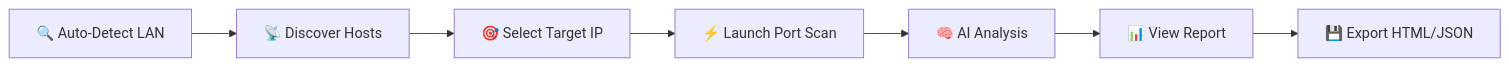
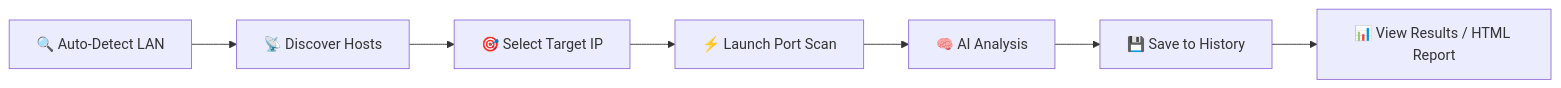
The diagram in README.md (Amine-NAHLI/smart-network-mapper), drawn with Mermaid before and after one commit. The commit also changed other lines of this file, not shown here.

Commit message:
docs: rewrite README with premium design, interactive diagrams, and structure details

````diff
--- a/README.md
+++ b/README.md
@@ -212,9 +267,9 @@
 ```mermaid
 graph LR
     A[🔍 Auto-Detect LAN] --> B[📡 Discover Hosts]
     B --> C[🎯 Select Target IP]
     C --> D[⚡ Launch Port Scan]
     D --> E[🧠 AI Analysis]
-    E --> F[📊 View Report]
-    F --> G[💾 Export HTML/JSON]
+    E --> F[💾 Save to History]
+    F --> G[📊 View Results / HTML Report]
 ```
````
